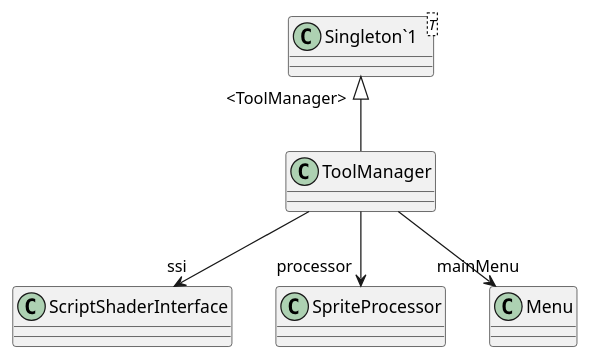
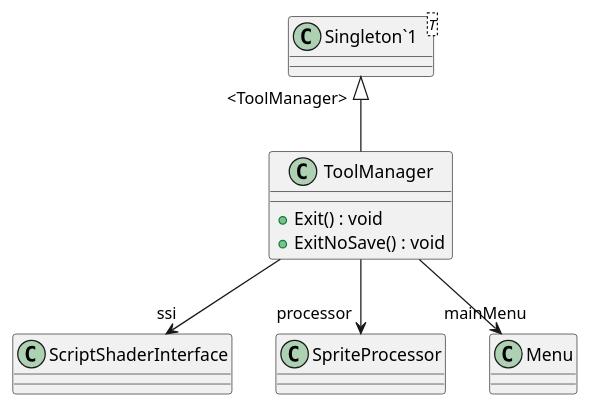
One commit to streepje8/ToolDev2023 changed the diagram in UML/Assets/Scripts/ToolManager.puml. Above: the diagram before and after it, drawn with PlantUML. The commit also changed 3 other files, not shown here.

Commit message:
Generate UML (Generate UML)

```diff
--- a/UML/Assets/Scripts/ToolManager.puml
+++ b/UML/Assets/Scripts/ToolManager.puml
@@ -1,10 +1,12 @@
 @startuml
 class ToolManager {
+    + Exit() : void
+    + ExitNoSave() : void
 }
 class "Singleton`1"<T> {
 }
 "Singleton`1" "<ToolManager>" <|-- ToolManager
 ToolManager --> "ssi" ScriptShaderInterface
 ToolManager --> "processor" SpriteProcessor
 ToolManager --> "mainMenu" Menu
 @enduml
```
